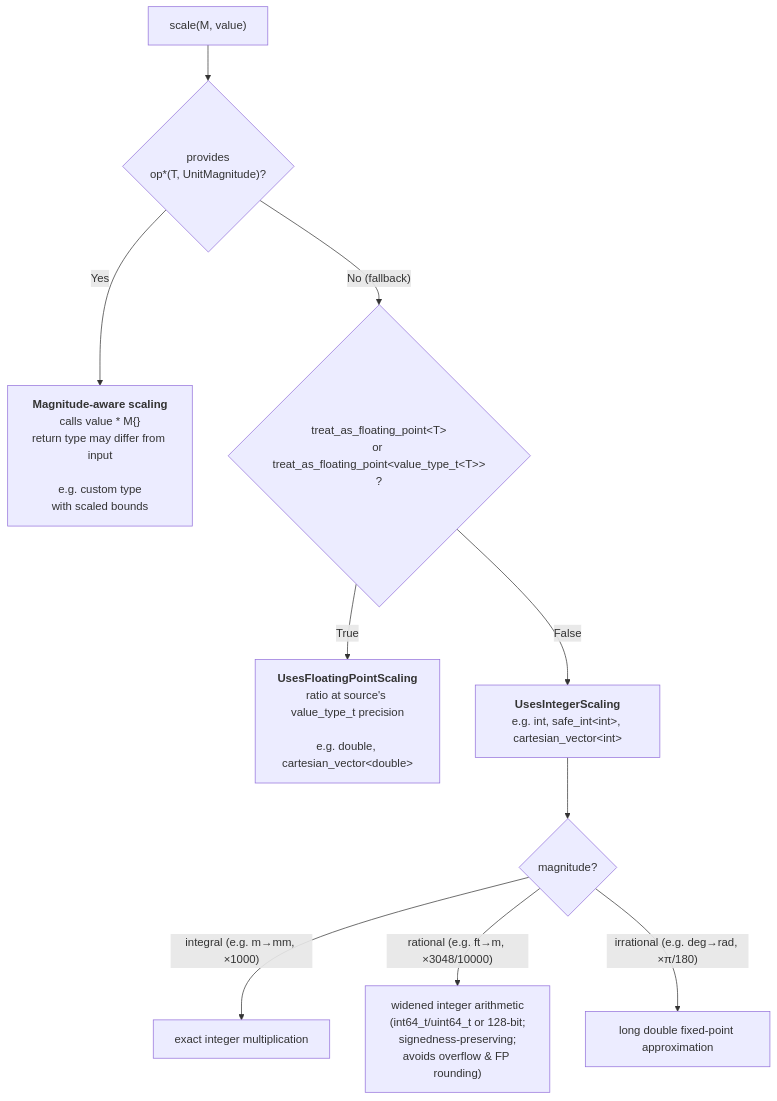
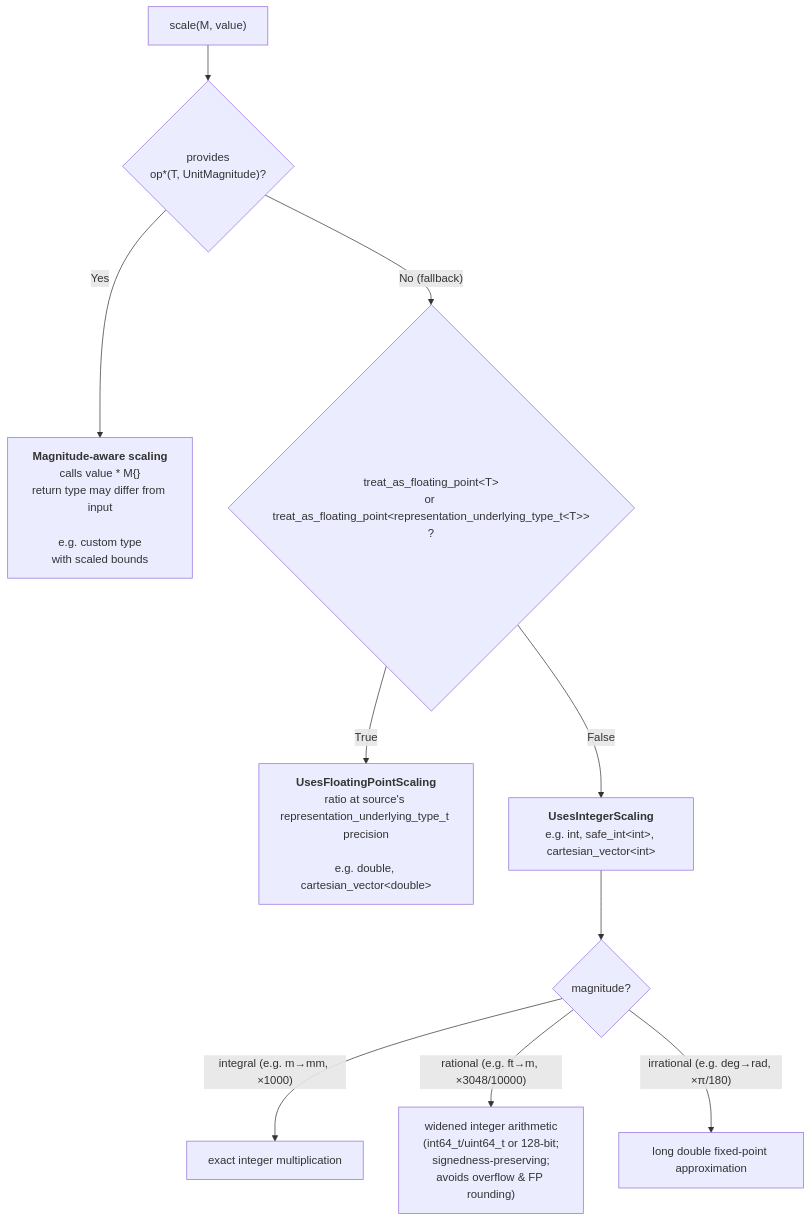
Before and after one commit to RalphSteinhagen/units: the diagram in docs/users_guide/framework_basics/representation_types.md, drawn with Mermaid. The commit also changed other lines of this file, not shown here.

Commit message:
docs: "Representation Types" chapter contents restored

````diff
--- a/docs/users_guide/framework_basics/representation_types.md
+++ b/docs/users_guide/framework_basics/representation_types.md
@@ -202,12 +202,12 @@
 ```mermaid
 flowchart TD
     A["scale(M, value)"] --> MA{"provides<br>op*(T, UnitMagnitude)?"}
     MA -- "Yes" --> MAR["<b>Magnitude-aware scaling</b><br>calls value * M{}<br>return type may differ from input<br><br>e.g. custom type<br>with scaled bounds"]
-    MA -- "No (fallback)" --> B{"treat_as_floating_point&lt;T&gt;<br>or treat_as_floating_point&lt;value_type_t&lt;T&gt;&gt;<br>?"}
-    B -- True --> FP["<b>UsesFloatingPointScaling</b><br>ratio at source's value_type_t precision<br><br>e.g. double, cartesian_vector&lt;double&gt;"]
+    MA -- "No (fallback)" --> B{"treat_as_floating_point&lt;T&gt;<br>or treat_as_floating_point&lt;representation_underlying_type_t&lt;T&gt;&gt;<br>?"}
+    B -- True --> FP["<b>UsesFloatingPointScaling</b><br>ratio at source's representation_underlying_type_t precision<br><br>e.g. double, cartesian_vector&lt;double&gt;"]
     B -- False --> INT["<b>UsesIntegerScaling</b><br>e.g. int, safe_int&lt;int&gt;, cartesian_vector&lt;int&gt;"]
     INT --> G{"magnitude?"}
     G -- "integral (e.g. m→mm, ×1000)" --> I["exact integer multiplication"]
     G -- "rational (e.g. ft→m, ×3048/10000)" --> R["widened integer arithmetic<br>(int64_t/uint64_t or 128-bit;<br>signedness-preserving;<br>avoids overflow &amp; FP rounding)"]
     G -- "irrational (e.g. deg→rad, ×π/180)" --> IR["long double fixed-point approximation"]
 ```
````
